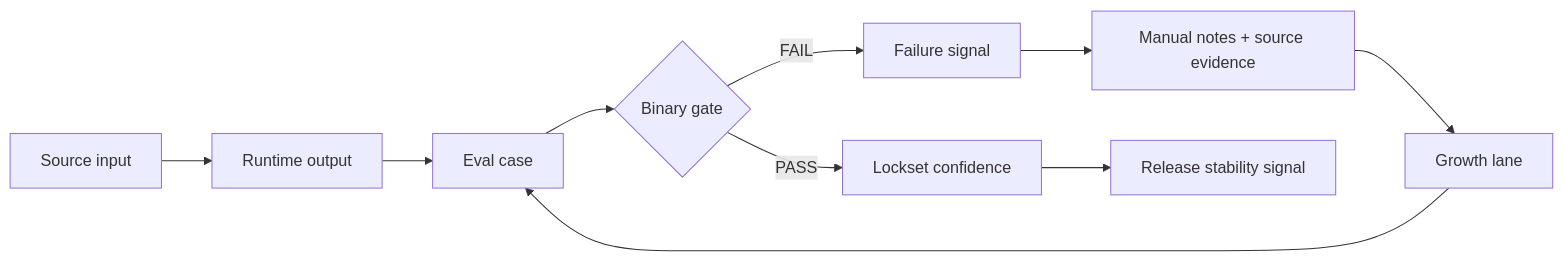
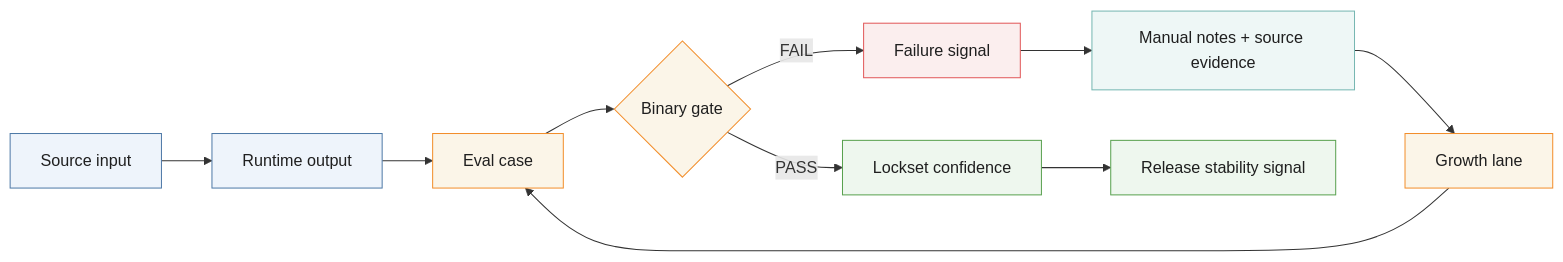
Before and after one commit to tryskian/polinko: the second of 3 diagrams in docs/public/DIAGRAMS.md, drawn with Mermaid. The commit also changed other lines of this file and 11 other files, not shown here.

First line of the commit message:
Add public diagram render pipeline (#344)

````diff
--- a/docs/public/DIAGRAMS.md
+++ b/docs/public/DIAGRAMS.md
@@ -31,12 +58,24 @@
 ```mermaid
 flowchart LR
   A["Source input"] --> B["Runtime output"]
   B --> C["Eval case"]
   C --> D{"Binary gate"}
   D -->|"PASS"| E["Lockset confidence"]
   D -->|"FAIL"| F["Failure signal"]
   F --> G["Manual notes + source evidence"]
   G --> H["Growth lane"]
   H --> C
   E --> I["Release stability signal"]
+
+  classDef source fill:#EEF4FB,stroke:#4E79A7,color:#1F1F1F;
+  classDef bridge fill:#FBF5E8,stroke:#F28E2B,color:#1F1F1F;
+  classDef pass fill:#EEF7EE,stroke:#59A14F,color:#1F1F1F;
+  classDef fail fill:#FBEEEE,stroke:#E15759,color:#1F1F1F;
+  classDef evidence fill:#EEF7F6,stroke:#76B7B2,color:#1F1F1F;
+
+  class A,B source;
+  class C,D,H bridge;
+  class E,I pass;
+  class F fail;
+  class G evidence;
 ```
````
